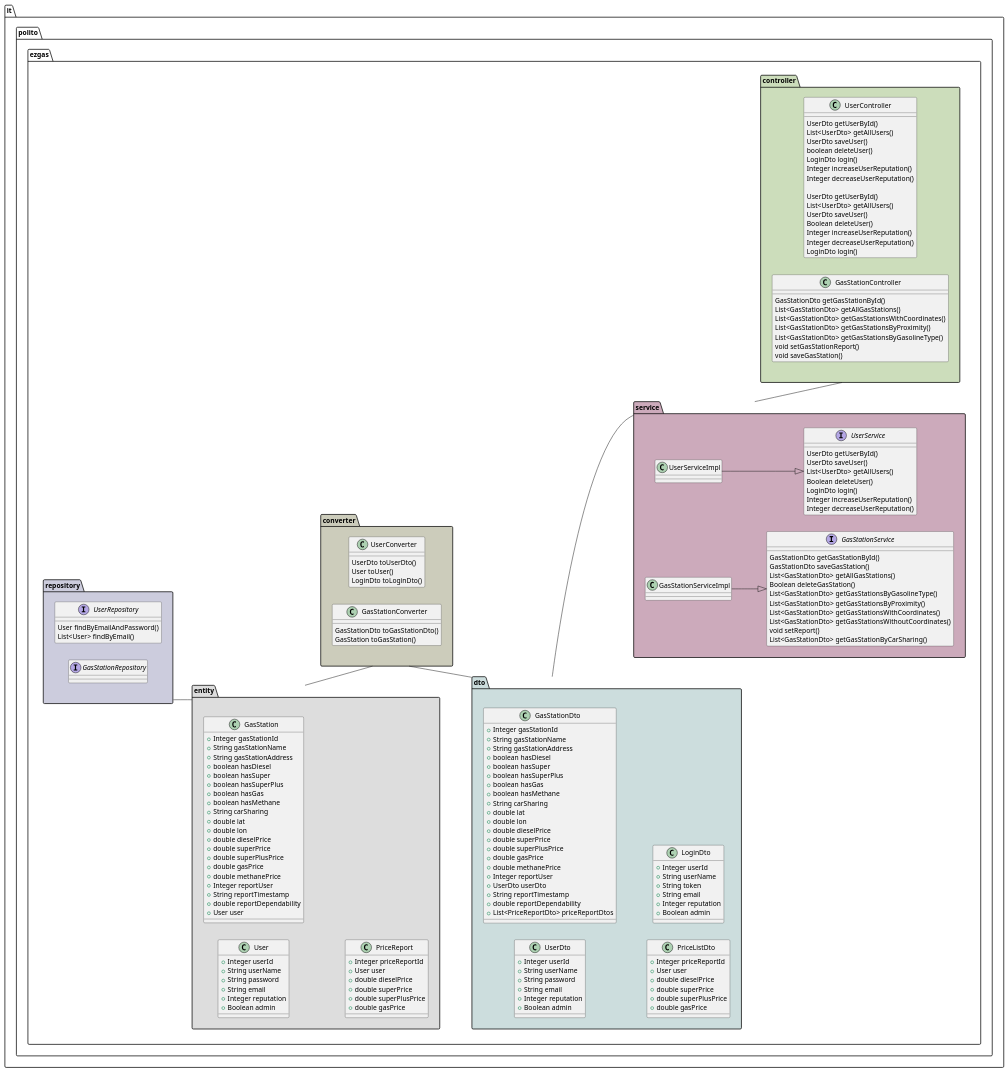
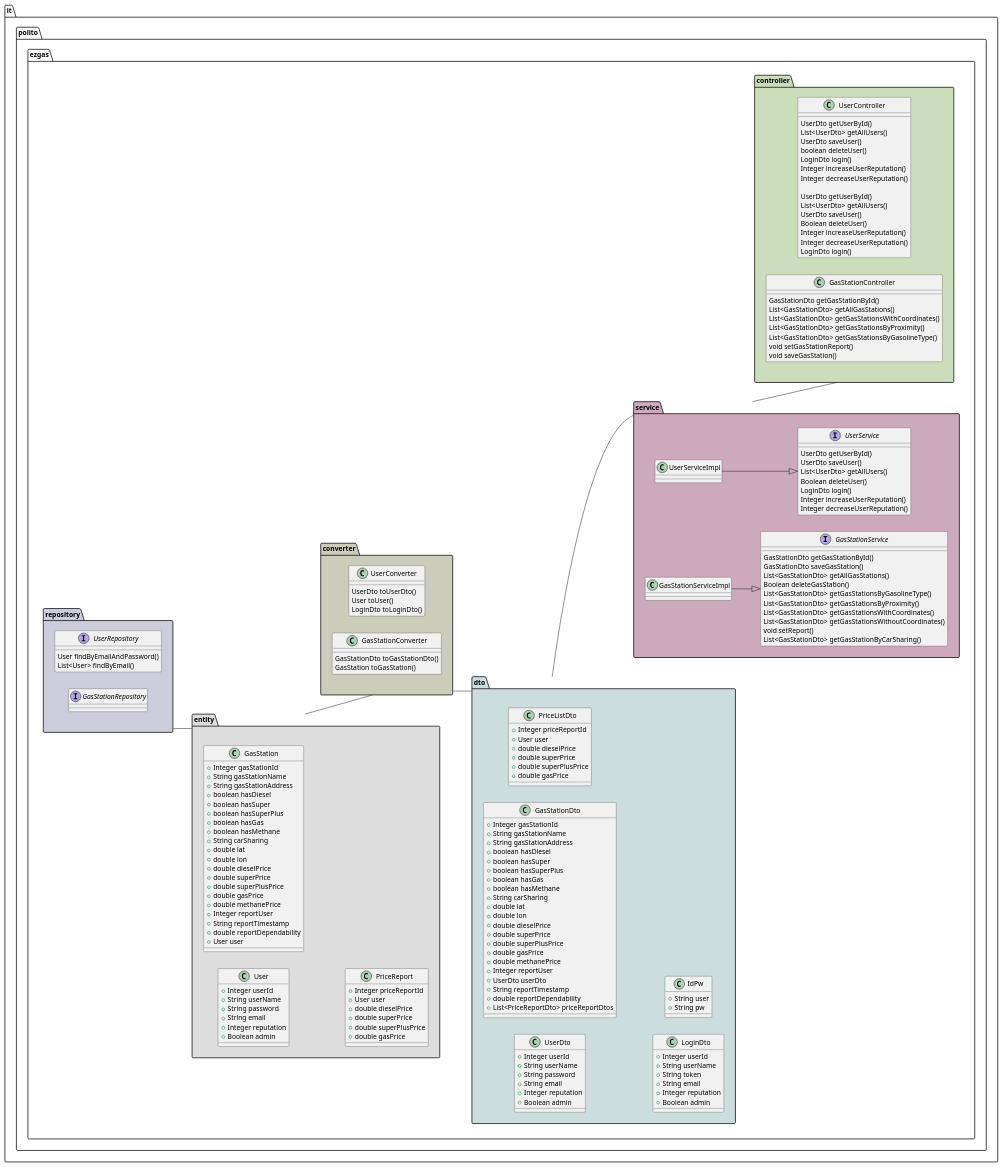
One commit to giovannitangredi/SEIProject changed the fourth of 7 diagrams in docs/DesignDocument.md. Above: the diagram before and after it, drawn with PlantUML.

Commit message:
docs: minor fix for low level design

```diff
--- a/docs/DesignDocument.md
+++ b/docs/DesignDocument.md
@@ -347,6 +347,11 @@
         + Boolean admin
     }
 
+    Class IdPw {
+	    + String user
+	    + String pw
+    }
+
 }
 
 package it.polito.ezgas.service #CCAABB {
```
